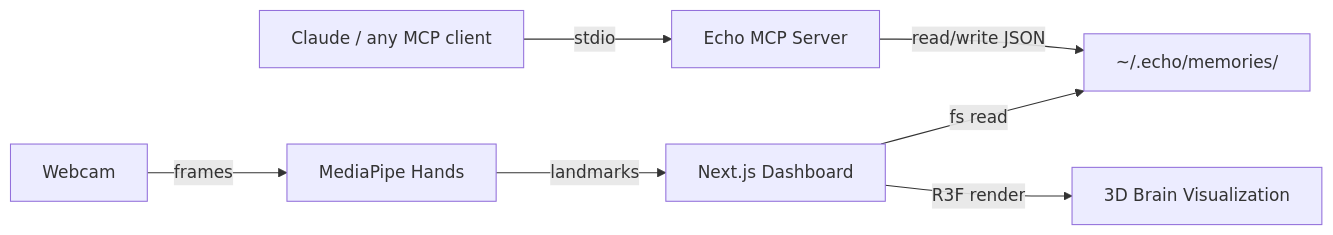
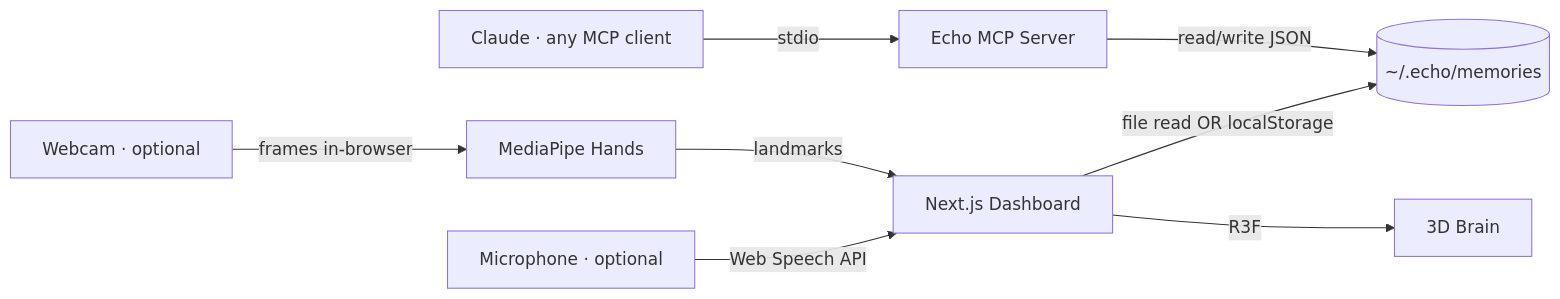
The diagram in README.md (Waleee7/echo), drawn with Mermaid before and after one commit. The commit also changed other lines of this file and 23 other files, not shown here.

````diff
--- a/README.md
+++ b/README.md
@@ -79,9 +47,10 @@
 ```mermaid
 flowchart LR
-    Claude[Claude / any MCP client] -->|stdio| MCP[Echo MCP Server]
-    MCP -->|read/write JSON| Store[~/.echo/memories/]
-    Dashboard[Next.js Dashboard] -->|fs read| Store
-    Camera[Webcam] -->|frames| MediaPipe[MediaPipe Hands]
-    MediaPipe -->|landmarks| Dashboard
-    Dashboard -->|R3F render| Brain[3D Brain Visualization]
+    Claude[Claude · any MCP client] -->|stdio| MCP[Echo MCP Server]
+    MCP -->|read/write JSON| Store[(~/.echo/memories)]
+    Dashboard[Next.js Dashboard] -->|file read OR localStorage| Store
+    Camera[Webcam · optional] -->|frames in-browser| MP[MediaPipe Hands]
+    MP -->|landmarks| Dashboard
+    Mic[Microphone · optional] -->|Web Speech API| Dashboard
+    Dashboard -->|R3F| Brain[3D Brain]
 ```
````
